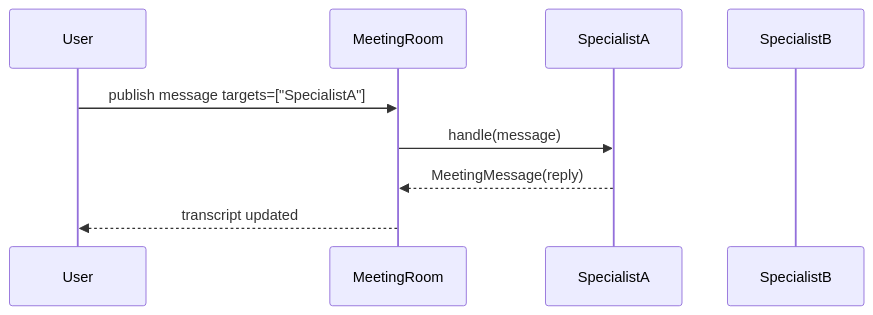
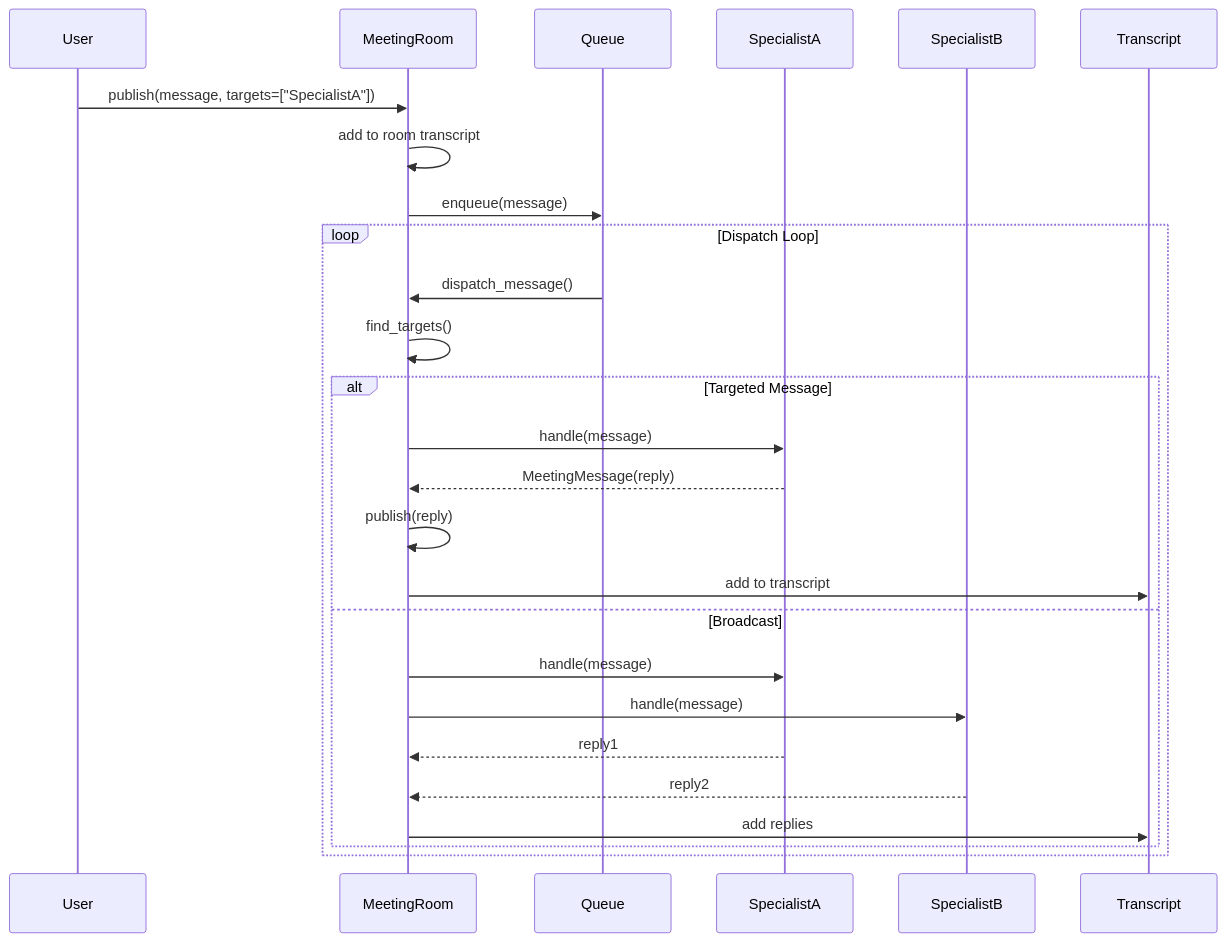
The second of 4 diagrams in moose/framework/meet_room/README.md (plummm/Moose), drawn with Mermaid before and after one commit. The commit also changed other lines of this file and 4 other files, not shown here.

````diff
--- a/moose/framework/meet_room/README.md
+++ b/moose/framework/meet_room/README.md
@@ -82,12 +180,30 @@
 ```mermaid
 sequenceDiagram
-participant User
-participant MeetingRoom
-participant SpecialistA
-participant SpecialistB
-
-User->>MeetingRoom: publish message targets=["SpecialistA"]
-MeetingRoom->>SpecialistA: handle(message)
-SpecialistA-->>MeetingRoom: MeetingMessage(reply)
-MeetingRoom-->>User: transcript updated
+    participant User
+    participant MeetingRoom
+    participant Queue
+    participant SpecialistA
+    participant SpecialistB
+    
+    User->>MeetingRoom: publish(message, targets=["SpecialistA"])
+    MeetingRoom->>MeetingRoom: add to room transcript
+    MeetingRoom->>Queue: enqueue(message)
+    
+    loop Dispatch Loop
+        Queue->>MeetingRoom: dispatch_message()
+        MeetingRoom->>MeetingRoom: find_targets()
+        
+        alt Targeted Message
+            MeetingRoom->>SpecialistA: handle(message)
+            SpecialistA-->>MeetingRoom: MeetingMessage(reply)
+            MeetingRoom->>MeetingRoom: publish(reply)
+            MeetingRoom->>Transcript: add to transcript
+        else Broadcast
+            MeetingRoom->>SpecialistA: handle(message)
+            MeetingRoom->>SpecialistB: handle(message)
+            SpecialistA-->>MeetingRoom: reply1
+            SpecialistB-->>MeetingRoom: reply2
+            MeetingRoom->>Transcript: add replies
+        end
+    end
 ```
````
